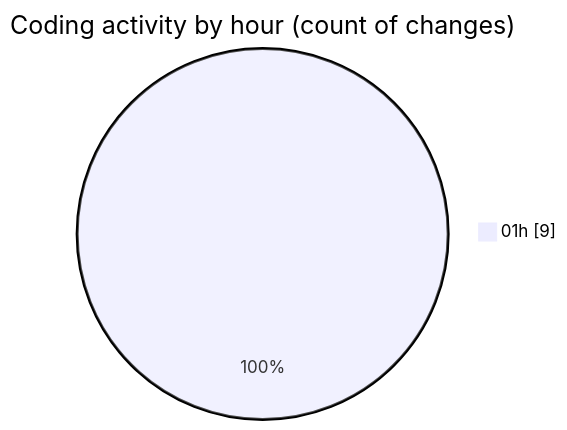
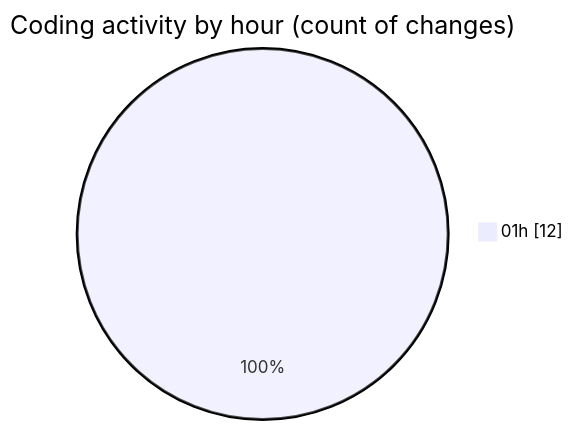
The second of 2 diagrams in 2025-07-13/telebot/README.md (jrari/code-tracking), drawn with Mermaid before and after one commit. The commit also changed other lines of this file and 1 other file, not shown here.

````diff
--- a/2025-07-13/telebot/README.md
+++ b/2025-07-13/telebot/README.md
@@ -36,5 +38,5 @@
 ```mermaid
 pie showData
 title Coding activity by hour (count of changes)
-"01h" : 9
+"01h" : 12
 ```
````
